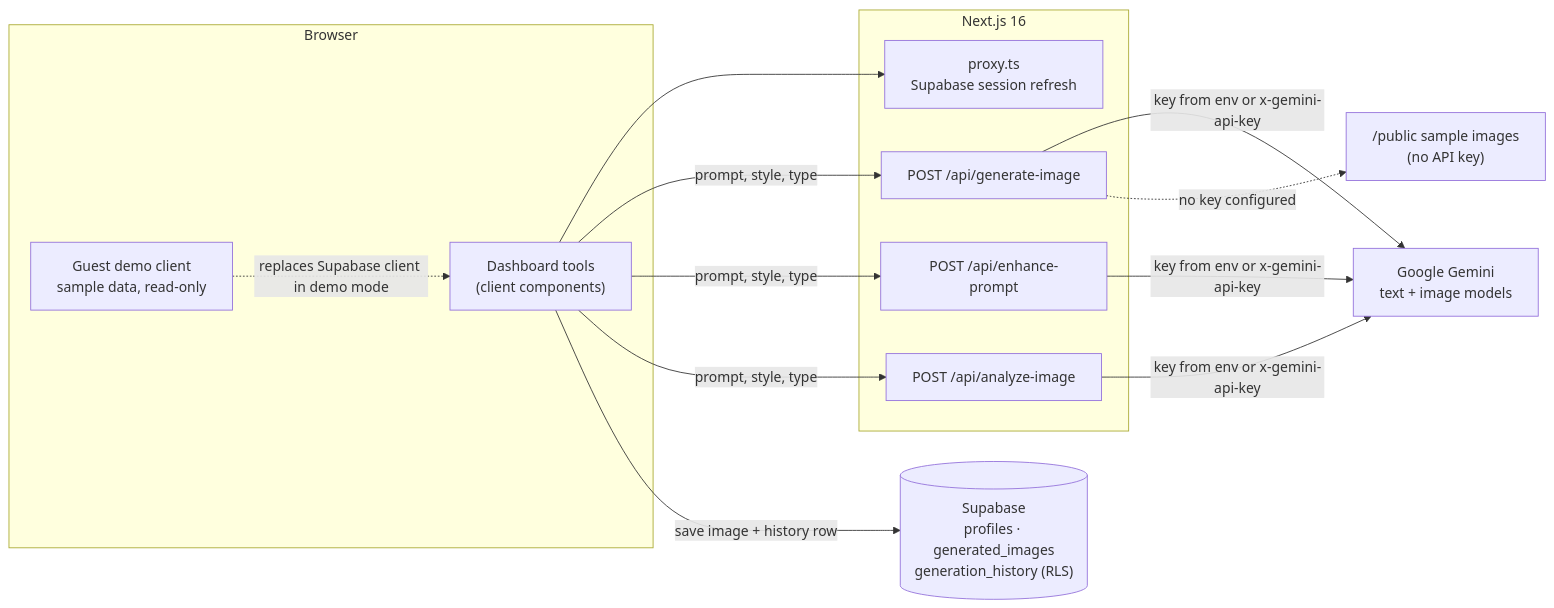
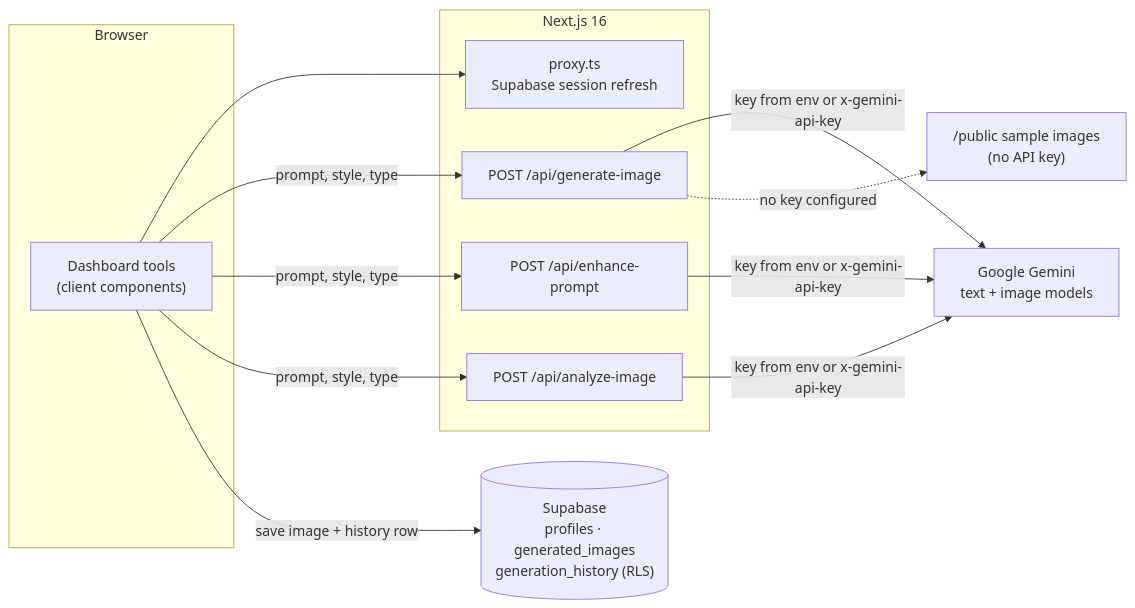
The diagram in README.md (Areal-G/platewise), drawn with Mermaid before and after one commit. The commit also changed other lines of this file and 28 other files, not shown here.

````diff
--- a/README.md
+++ b/README.md
@@ -97,23 +97,21 @@
 ```mermaid
 flowchart LR
   subgraph Browser
     UI["Dashboard tools<br/>(client components)"]
-    DEMO["Guest demo client<br/>sample data, read-only"]
   end
   subgraph Next["Next.js 16"]
     PX["proxy.ts<br/>Supabase session refresh"]
     API1["POST /api/generate-image"]
     API2["POST /api/enhance-prompt"]
     API3["POST /api/analyze-image"]
   end
   G["Google Gemini<br/>text + image models"]
   SB[("Supabase<br/>profiles · generated_images<br/>generation_history (RLS)")]
   SAMPLE["/public sample images<br/>(no API key)"]
 
   UI --> PX
   UI -- "prompt, style, type" --> API1 & API2 & API3
   API1 & API2 & API3 -- "key from env or x-gemini-api-key" --> G
   API1 -. "no key configured" .-> SAMPLE
   UI -- "save image + history row" --> SB
-  DEMO -. "replaces Supabase client in demo mode" .-> UI
 ```
````
